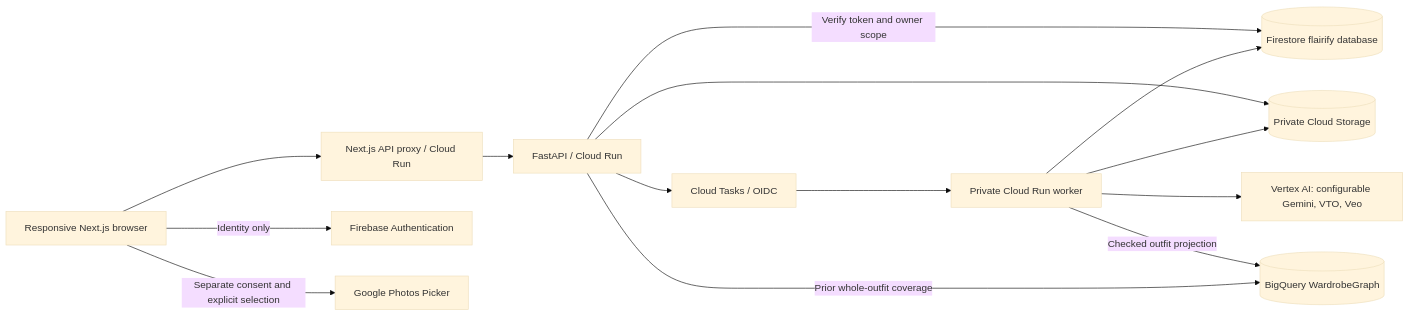
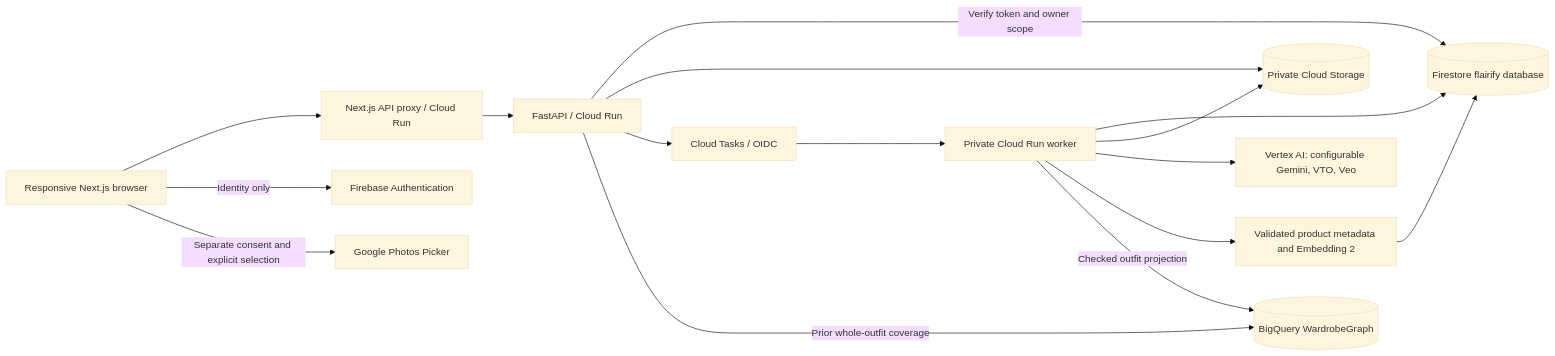
One commit to samwin-steve/Flairify-Backend changed the diagram in docs/ARCHITECTURE.md. Above: the diagram before and after it, drawn with Mermaid (base theme). The commit also changed other lines of this file and 10 other files, not shown here.

````diff
--- a/docs/ARCHITECTURE.md
+++ b/docs/ARCHITECTURE.md
@@ -5,16 +5,18 @@
 ```mermaid
 flowchart LR
   B[Responsive Next.js browser] --> N[Next.js API proxy / Cloud Run]
   B -->|Identity only| F[Firebase Authentication]
   B -->|Separate consent and explicit selection| P[Google Photos Picker]
   N --> A[FastAPI / Cloud Run]
   A -->|Verify token and owner scope| FS[(Firestore flairify database)]
   A --> S[(Private Cloud Storage)]
   A --> T[Cloud Tasks / OIDC]
   T --> W[Private Cloud Run worker]
   W --> FS
   W --> S
   W --> V[Vertex AI: configurable Gemini, VTO, Veo]
+  W --> E[Validated product metadata and Embedding 2]
+  E --> FS
   W -->|Checked outfit projection| Q[(BigQuery WardrobeGraph)]
   A -->|Prior whole-outfit coverage| Q
 ```
````
